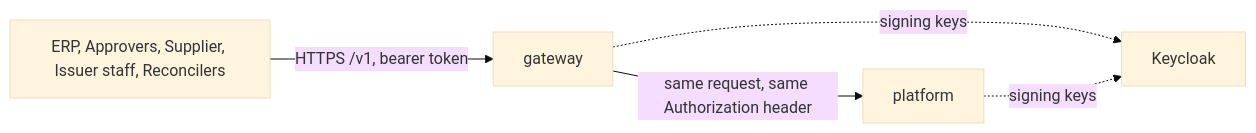
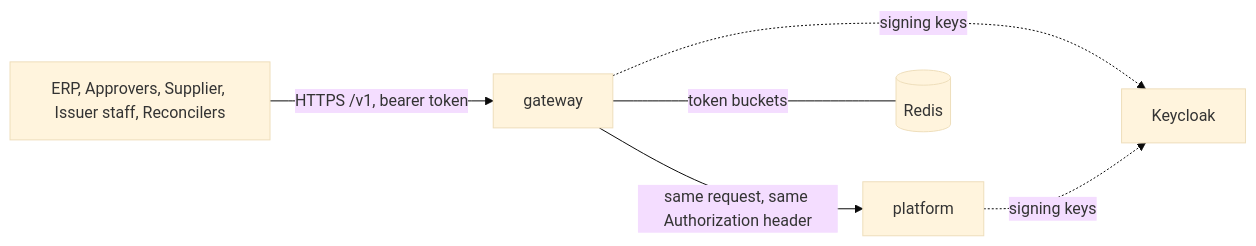
Diagram 15 of 15 in docs/architecture.md (rgonzal92/b2b-payments-platform), drawn with Mermaid (base theme) before and after one commit. The commit also changed other lines of this file and 2 other files, not shown here.

Commit message:
docs: rate limiting runbook, token bucket and Redis in the Gateway's learning page and architecture

````diff
--- a/docs/architecture.md
+++ b/docs/architecture.md
@@ -649,7 +651,8 @@
 ```mermaid
 flowchart LR
     clients["ERP, Approvers, Supplier, Issuer staff, Reconcilers"] -->|"HTTPS /v1, bearer token"| gateway
     gateway -->|"same request, same Authorization header"| platform
+    gateway ---|"token buckets"| redis[(Redis)]
     gateway -.->|"signing keys"| keycloak[Keycloak]
     platform -.->|"signing keys"| keycloak
 ```
````
